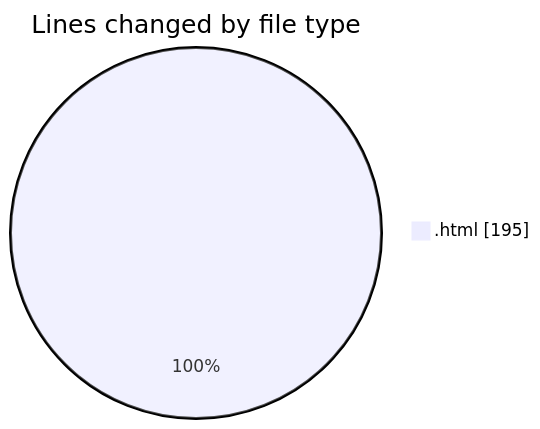
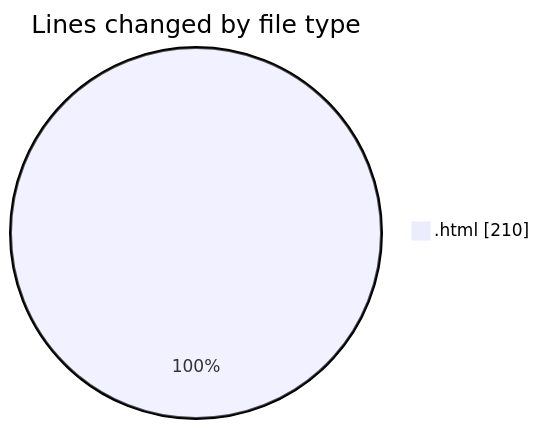
Before and after one commit to LanceThiago/code-tracking: the first of 2 diagrams in 2025-01-10/nueva_carpeta/README.md, drawn with Mermaid. The commit also changed other lines of this file and 1 other file, not shown here.

````diff
--- a/2025-01-10/nueva_carpeta/README.md
+++ b/2025-01-10/nueva_carpeta/README.md
@@ -20,5 +20,5 @@
 ```mermaid
 pie showData
 title Lines changed by file type
-".html" : 195
+".html" : 210
 ```
````
